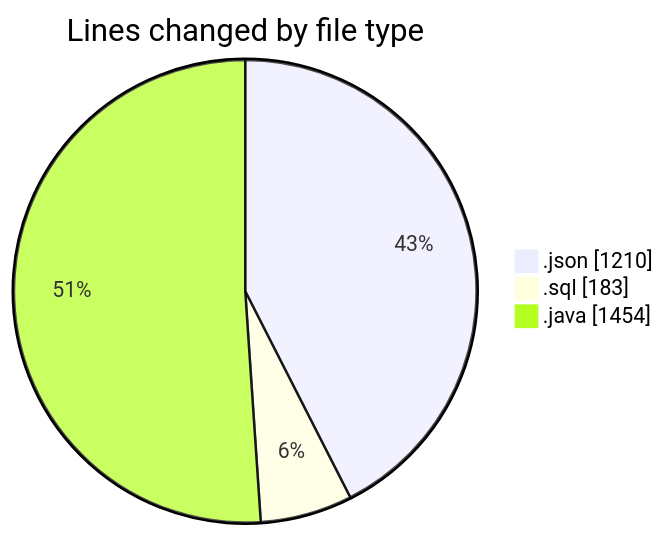
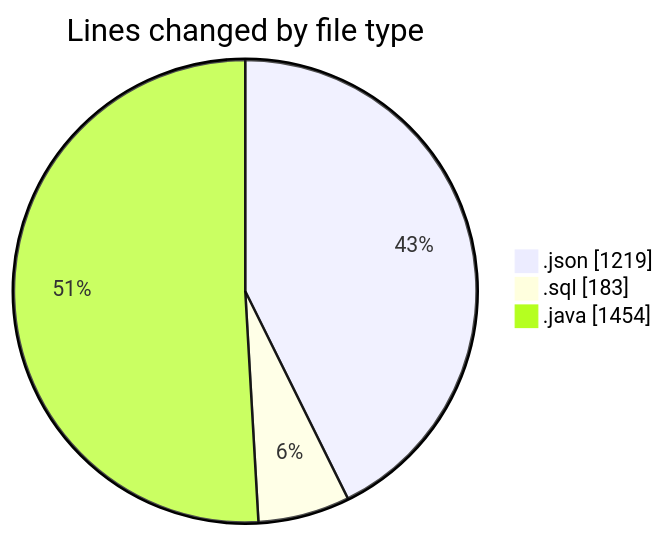
One commit to ricardozamudiocil/code-tracking changed the first of 2 diagrams in 2026-06-16/cilapp/README.md. Above: the diagram before and after it, drawn with Mermaid. The commit also changed other lines of this file and 1 other file, not shown here.

````diff
--- a/2026-06-16/cilapp/README.md
+++ b/2026-06-16/cilapp/README.md
@@ -25,7 +25,7 @@
 ```mermaid
 pie showData
 title Lines changed by file type
-".json" : 1210
+".json" : 1219
 ".sql" : 183
 ".java" : 1454
 ```
````
